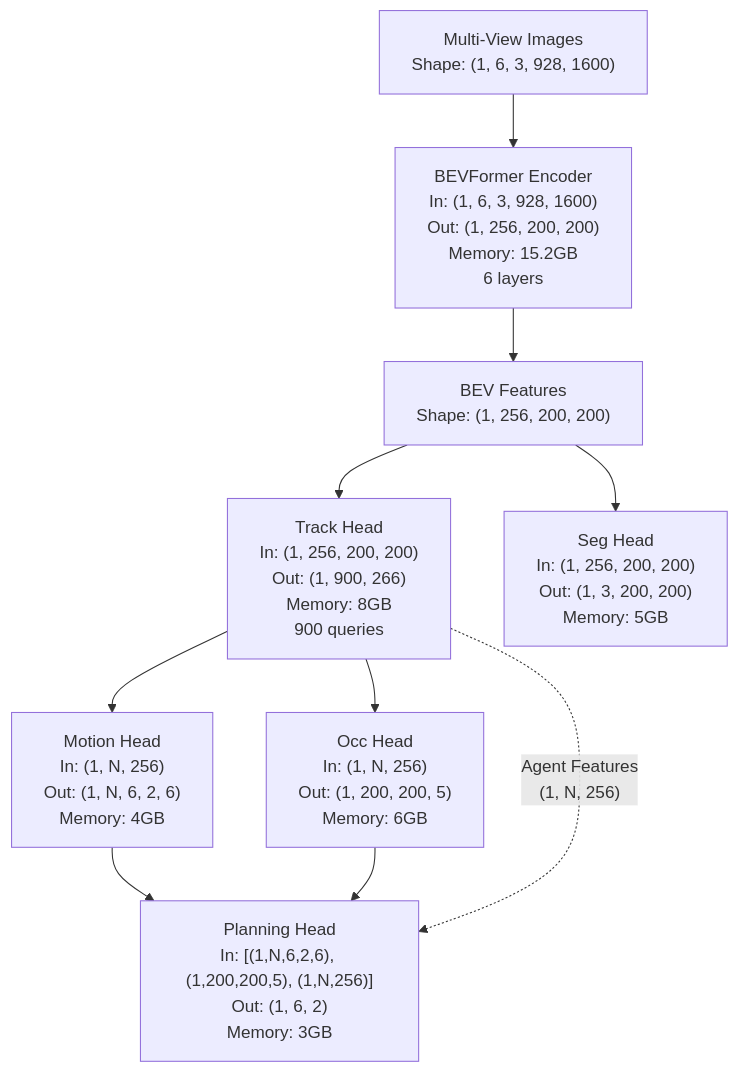
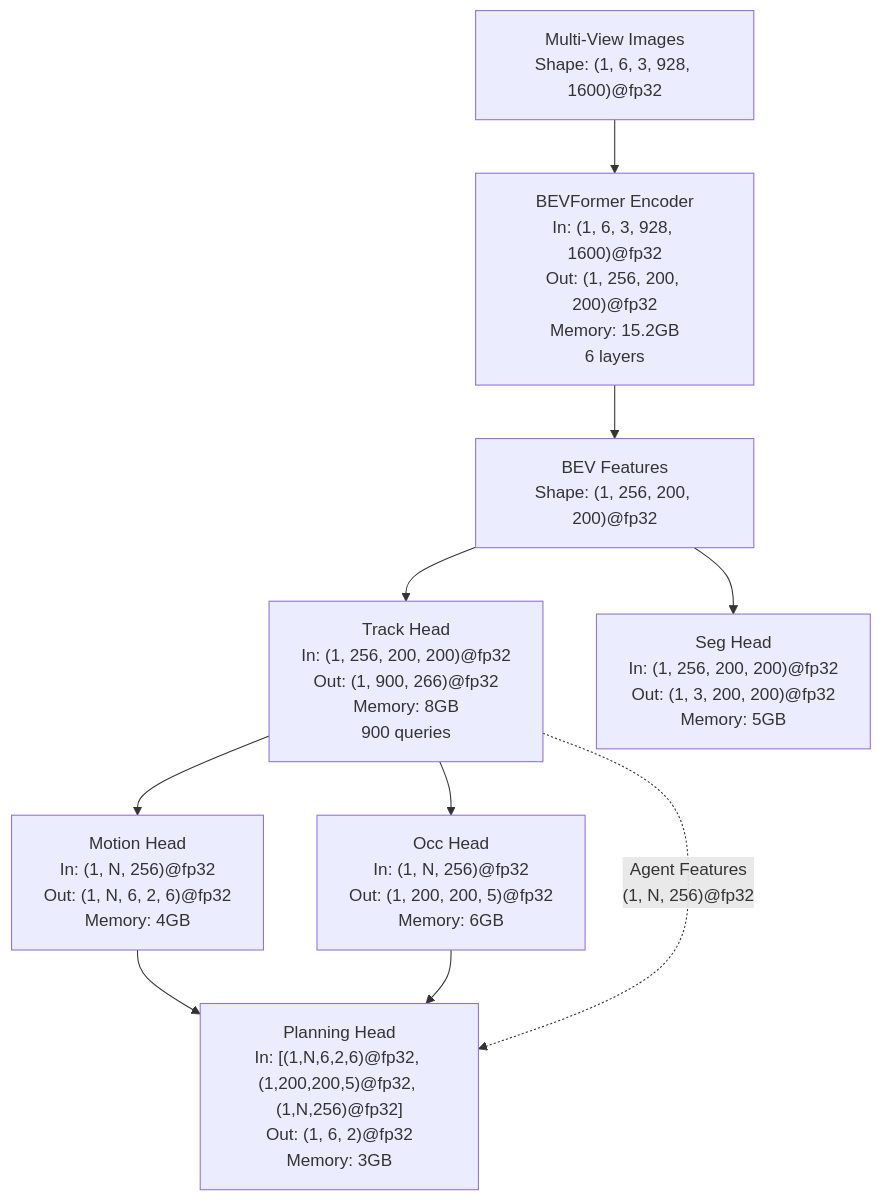
The first of 10 diagrams in tools/pytorch_op_tracer/SPEC.md (litanlitudan/UniAD), drawn with Mermaid before and after one commit. The commit also changed other lines of this file and 17 other files, not shown here.

First line of the commit message:
Enhance Mixed Precision Support and Memory Analysis in Task Head Reports

````diff
--- a/tools/pytorch_op_tracer/SPEC.md
+++ b/tools/pytorch_op_tracer/SPEC.md
@@ -306,15 +419,15 @@
 ```mermaid
 graph TB
-    Input["Multi-View Images<br/>Shape: (1, 6, 3, 928, 1600)"] --> BEVFormer["BEVFormer Encoder<br/>In: (1, 6, 3, 928, 1600)<br/>Out: (1, 256, 200, 200)<br/>Memory: 15.2GB<br/>6 layers"]
-    BEVFormer --> BEV["BEV Features<br/>Shape: (1, 256, 200, 200)"]
+    Input["Multi-View Images<br/>Shape: (1, 6, 3, 928, 1600)@fp32"] --> BEVFormer["BEVFormer Encoder<br/>In: (1, 6, 3, 928, 1600)@fp32<br/>Out: (1, 256, 200, 200)@fp32<br/>Memory: 15.2GB<br/>6 layers"]
+    BEVFormer --> BEV["BEV Features<br/>Shape: (1, 256, 200, 200)@fp32"]
     
-    BEV --> TrackHead["Track Head<br/>In: (1, 256, 200, 200)<br/>Out: (1, 900, 266)<br/>Memory: 8GB<br/>900 queries"]
-    BEV --> SegHead["Seg Head<br/>In: (1, 256, 200, 200)<br/>Out: (1, 3, 200, 200)<br/>Memory: 5GB"]
+    BEV --> TrackHead["Track Head<br/>In: (1, 256, 200, 200)@fp32<br/>Out: (1, 900, 266)@fp32<br/>Memory: 8GB<br/>900 queries"]
+    BEV --> SegHead["Seg Head<br/>In: (1, 256, 200, 200)@fp32<br/>Out: (1, 3, 200, 200)@fp32<br/>Memory: 5GB"]
     
-    TrackHead --> MotionHead["Motion Head<br/>In: (1, N, 256)<br/>Out: (1, N, 6, 2, 6)<br/>Memory: 4GB"]
-    TrackHead --> OccHead["Occ Head<br/>In: (1, N, 256)<br/>Out: (1, 200, 200, 5)<br/>Memory: 6GB"]
+    TrackHead --> MotionHead["Motion Head<br/>In: (1, N, 256)@fp32<br/>Out: (1, N, 6, 2, 6)@fp32<br/>Memory: 4GB"]
+    TrackHead --> OccHead["Occ Head<br/>In: (1, N, 256)@fp32<br/>Out: (1, 200, 200, 5)@fp32<br/>Memory: 6GB"]
     
-    MotionHead --> PlanHead["Planning Head<br/>In: [(1,N,6,2,6), (1,200,200,5), (1,N,256)]<br/>Out: (1, 6, 2)<br/>Memory: 3GB"]
+    MotionHead --> PlanHead["Planning Head<br/>In: [(1,N,6,2,6)@fp32, (1,200,200,5)@fp32, (1,N,256)@fp32]<br/>Out: (1, 6, 2)@fp32<br/>Memory: 3GB"]
     OccHead --> PlanHead
-    TrackHead -.-> |"Agent Features<br/>(1, N, 256)"| PlanHead
+    TrackHead -.-> |"Agent Features<br/>(1, N, 256)@fp32"| PlanHead
 ```
````
